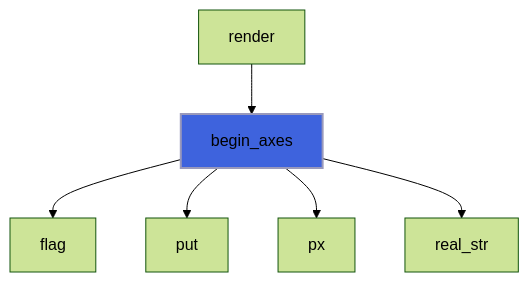
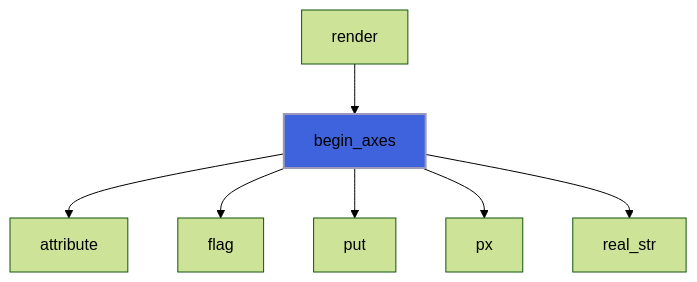
One commit to szaghi/foresight changed the fifth of 27 diagrams in docs/api/src/lib/foresight_backend_svg.md. Above: the diagram before and after it, drawn with Mermaid (forest theme). The commit also changed other lines of this file and 42 other files, not shown here.

````diff
--- a/docs/api/src/lib/foresight_backend_svg.md
+++ b/docs/api/src/lib/foresight_backend_svg.md
@@ -189,9 +189,10 @@
 ```mermaid
 flowchart TD
   render["render"] --> begin_axes["begin_axes"]
+  begin_axes["begin_axes"] --> attribute["attribute"]
   begin_axes["begin_axes"] --> flag["flag"]
   begin_axes["begin_axes"] --> put["put"]
   begin_axes["begin_axes"] --> px["px"]
   begin_axes["begin_axes"] --> real_str["real_str"]
   style begin_axes fill:#3e63dd,stroke:#99b,stroke-width:2px
 ```
````
